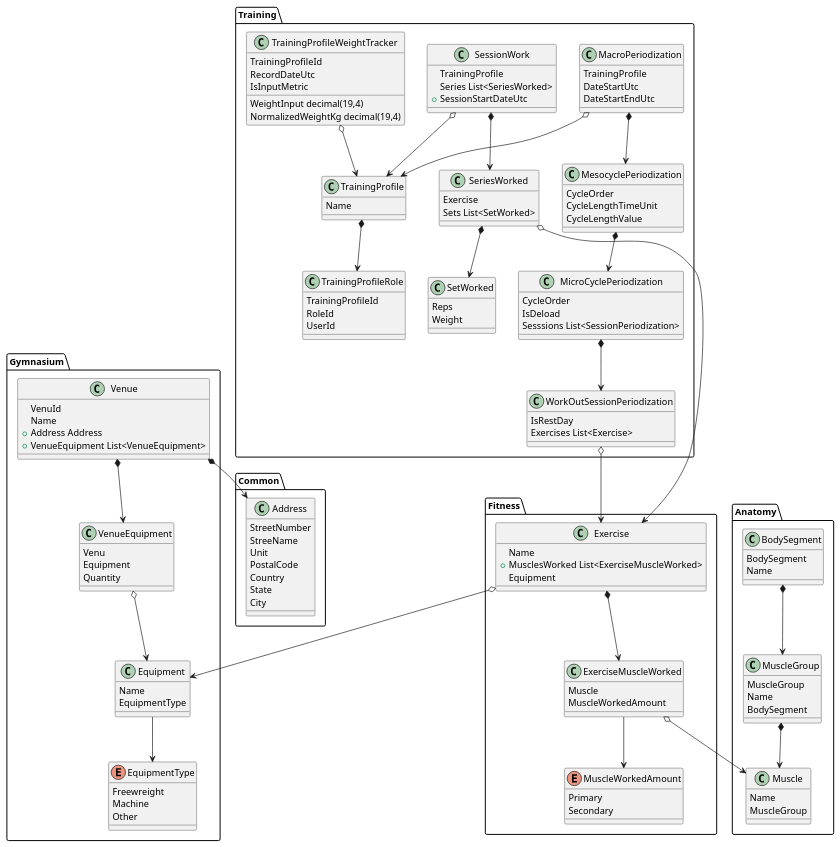
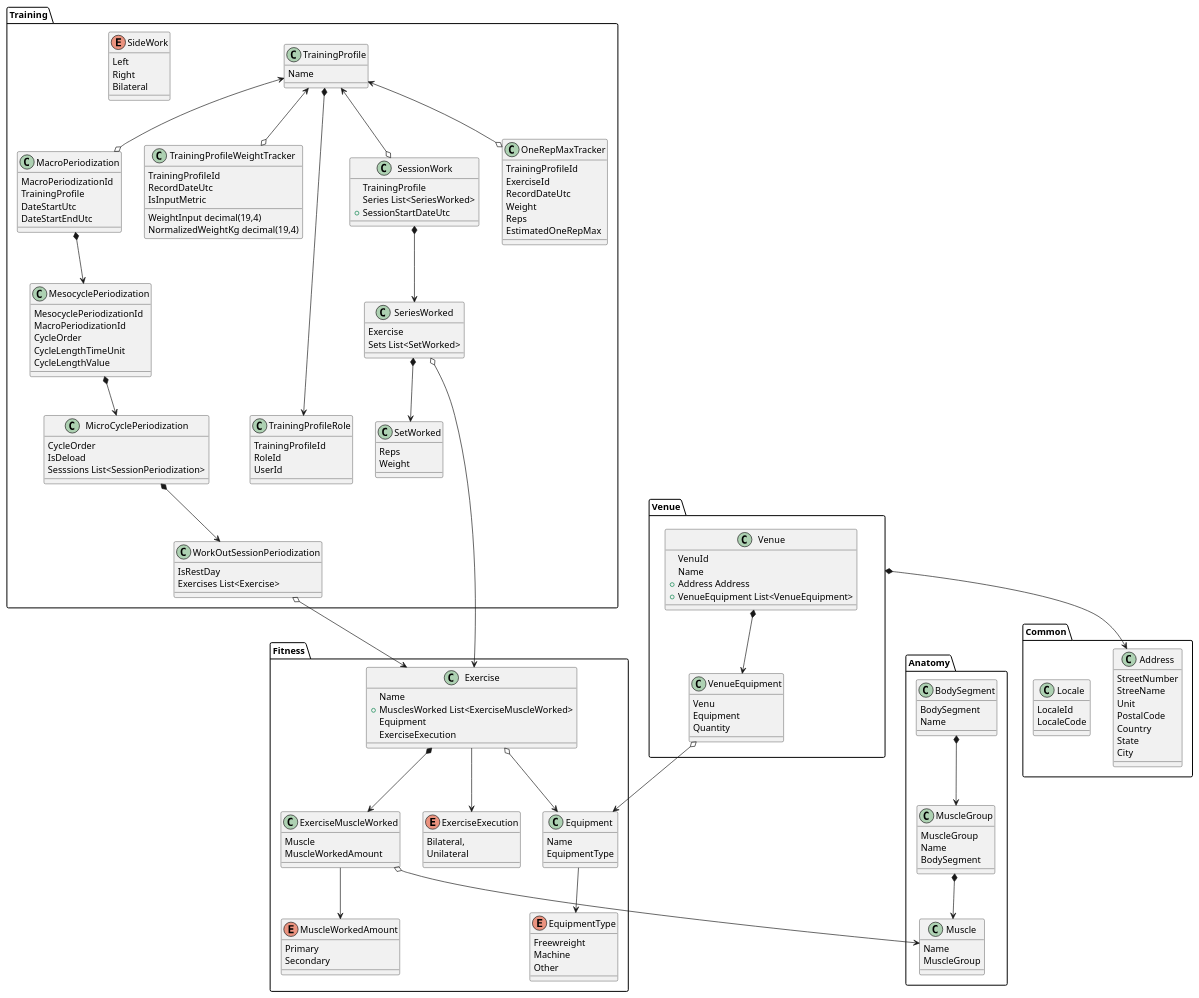
One commit to MatthewVRobertson/fortitutor-docs changed the diagram in Core.plantuml. Above: the diagram before and after it, drawn with PlantUML. The commit also changed 1 other file, not shown here.

Commit message:
Plan uml

```diff
--- a/Core.plantuml
+++ b/Core.plantuml
@@ -25,7 +25,8 @@
     class Exercise {
         Name
         + MusclesWorked List<ExerciseMuscleWorked>
-        Equipment
+        Equipment        
+        ExerciseExecution
     }
 
     class ExerciseMuscleWorked {
@@ -38,12 +39,29 @@
         Secondary
     }
 
+    class Equipment {
+        Name
+        EquipmentType
+    }
+
+    enum ExerciseExecution {
+        Bilateral,
+        Unilateral
+    }
+    enum EquipmentType {
+        Freewreight
+        Machine
+        Other
+    }
+
     Exercise *--> ExerciseMuscleWorked
+    Exercise o--> Equipment
+    Exercise --> ExerciseExecution
     ExerciseMuscleWorked --> MuscleWorkedAmount
     ExerciseMuscleWorked o--> Anatomy.Muscle
+    Equipment --> EquipmentType
 }
 
-Fitness.Exercise o--> Gymnasium.Equipment
 
 package Training {
     class TrainingProfile {
@@ -52,6 +70,7 @@
 
     class MacroPeriodization
     {
+        MacroPeriodizationId
         TrainingProfile
         DateStartUtc
         DateStartEndUtc
@@ -59,6 +78,8 @@
 
     class MesocyclePeriodization
     {
+        MesocyclePeriodizationId
+        MacroPeriodizationId
         CycleOrder        
         CycleLengthTimeUnit
         CycleLengthValue
@@ -76,10 +97,6 @@
         IsRestDay
         Exercises List<Exercise> 
     }
-
-    MacroPeriodization *--> MesocyclePeriodization     
-    MesocyclePeriodization *--> MicroCyclePeriodization
-    MicroCyclePeriodization *--> WorkOutSessionPeriodization
 
     class TrainingProfileWeightTracker {
         TrainingProfileId
@@ -111,18 +128,39 @@
         Weight
     }
 
+    class OneRepMaxTracker {
+        TrainingProfileId
+        ExerciseId
+        RecordDateUtc
+        Weight
+        Reps
+        EstimatedOneRepMax
+    }
+
+    enum SideWork {
+        Left
+        Right
+        Bilateral
+    }
+
+    TrainingProfile *----> TrainingProfileRole
+    TrainingProfile <--o TrainingProfileWeightTracker
+    TrainingProfile <--o SessionWork
+    TrainingProfile <--o OneRepMaxTracker
+    TrainingProfile <--o MacroPeriodization     
+
+    MacroPeriodization *--> MesocyclePeriodization     
+    MesocyclePeriodization *--> MicroCyclePeriodization
+    MicroCyclePeriodization *--> WorkOutSessionPeriodization
     WorkOutSessionPeriodization o--> Fitness.Exercise
-    TrainingProfileWeightTracker o--> TrainingProfile
-    MacroPeriodization o--> TrainingProfile
-    TrainingProfile *--> TrainingProfileRole
-    SessionWork o--> TrainingProfile
+   
     SessionWork *--> SeriesWorked
     SeriesWorked *--> SetWorked
 }
 
 Training.SeriesWorked o--> Fitness.Exercise
 
-package Gymnasium {
+package Venue {
     class Venue {
         VenuId
         Name  
@@ -136,21 +174,14 @@
         Quantity
     }
 
-    class Equipment {
-        Name
-        EquipmentType
-    }
-
-    enum EquipmentType {
-        Freewreight
-        Machine
-        Other
-    }
+    
     
     Venue *--> VenueEquipment
-    VenueEquipment o--> Equipment
-    Equipment --> EquipmentType
+    
 }
+
+VenueEquipment o--> Fitness.Equipment
+
 Venue *--> Common.Address
 
 package Common {
@@ -163,5 +194,10 @@
         State
         City
     }
+
+    class Locale {
+        LocaleId
+        LocaleCode
+    }
 }
 @enduml
```
